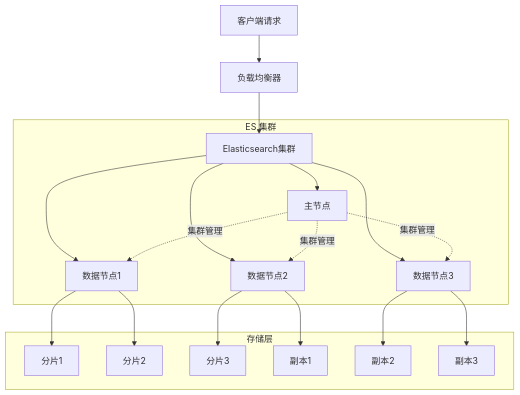
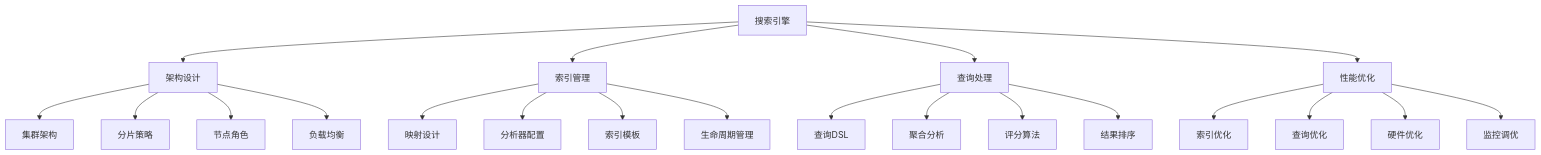
Before and after one commit to ming-xwolf/IQB: the diagram in questions/backend/search-engines.md, drawn with Mermaid. The commit also changed other lines of this file and 23 other files, not shown here.

Commit message:
优化后端面试题：重构理论与代码分离，优化Mermaid图表和文档结构

````diff
--- a/questions/backend/search-engines.md
+++ b/questions/backend/search-engines.md
@@ -17,25 +31,27 @@
 ```mermaid
 graph TB
-    A[客户端请求] --> B[负载均衡器]
-    B --> C[Elasticsearch集群]
+    A[搜索引擎] --> B[架构设计]
+    A --> C[索引管理]
+    A --> D[查询处理]
+    A --> E[性能优化]
     
-    subgraph "ES 集群"
-        C --> D[主节点]
-        C --> E[数据节点1]
-        C --> F[数据节点2]
-        C --> G[数据节点3]
-    end
+    B --> B1[集群架构]
+    B --> B2[分片策略]
+    B --> B3[节点角色]
+    B --> B4[负载均衡]
     
-    subgraph "存储层"
-        E --> H[分片1]
-        E --> I[分片2]
-        F --> J[分片3]
-        F --> K[副本1]
-        G --> L[副本2]
-        G --> M[副本3]
-    end
+    C --> C1[映射设计]
+    C --> C2[分析器配置]
+    C --> C3[索引模板]
+    C --> C4[生命周期管理]
     
-    D -.->|集群管理| E
-    D -.->|集群管理| F
-    D -.->|集群管理| G
+    D --> D1[查询DSL]
+    D --> D2[聚合分析]
+    D --> D3[评分算法]
+    D --> D4[结果排序]
+    
+    E --> E1[索引优化]
+    E --> E2[查询优化]
+    E --> E3[硬件优化]
+    E --> E4[监控调优]
 ```
````
